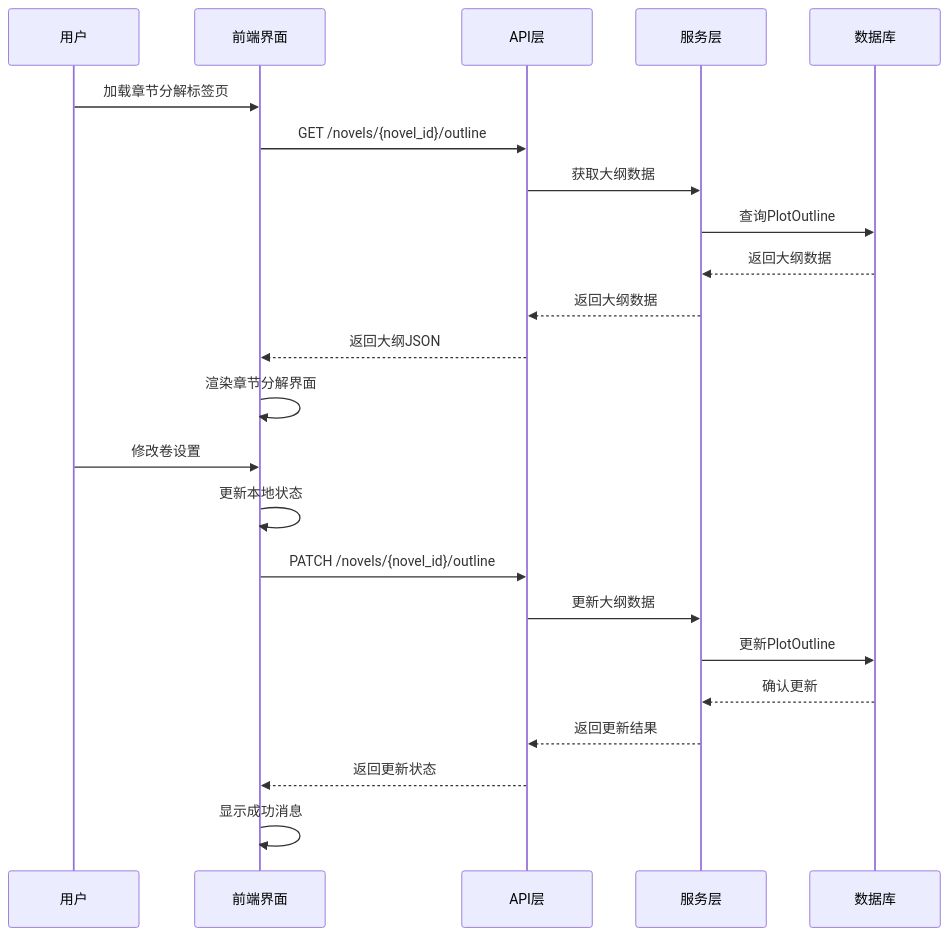
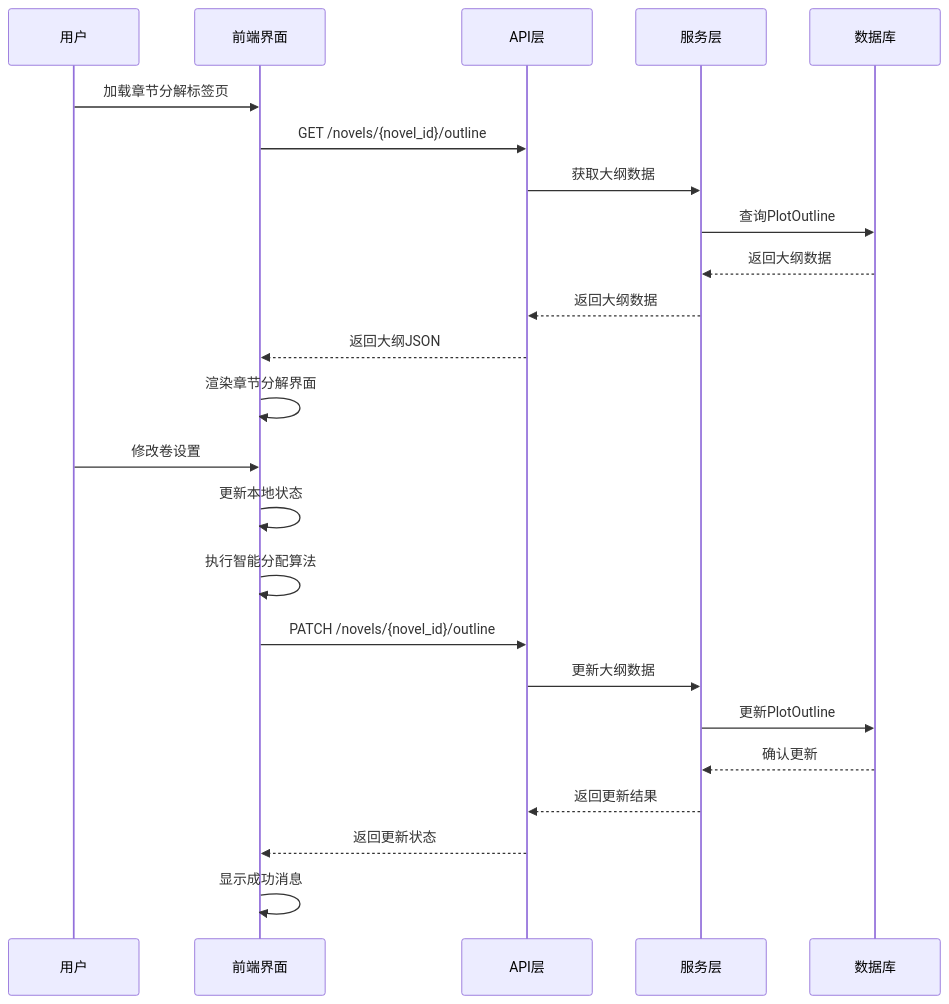
The third of 9 diagrams in .qoder/repowiki/zh/content/Chapter Decomposition Tab.md (xfbyxq/ai-novel-system), drawn with Mermaid before and after one commit. The commit also changed other lines of this file and 11 other files, not shown here.

````diff
--- a/.qoder/repowiki/zh/content/Chapter Decomposition Tab.md
+++ b/.qoder/repowiki/zh/content/Chapter Decomposition Tab.md
@@ -158,25 +180,26 @@
 ```mermaid
 sequenceDiagram
 participant User as 用户
 participant Frontend as 前端界面
 participant API as API层
 participant Service as 服务层
 participant DB as 数据库
 User->>Frontend : 加载章节分解标签页
 Frontend->>API : GET /novels/{novel_id}/outline
 API->>Service : 获取大纲数据
 Service->>DB : 查询PlotOutline
 DB-->>Service : 返回大纲数据
 Service-->>API : 返回大纲数据
 API-->>Frontend : 返回大纲JSON
 Frontend->>Frontend : 渲染章节分解界面
 User->>Frontend : 修改卷设置
 Frontend->>Frontend : 更新本地状态
+Frontend->>Frontend : 执行智能分配算法
 Frontend->>API : PATCH /novels/{novel_id}/outline
 API->>Service : 更新大纲数据
 Service->>DB : 更新PlotOutline
 DB-->>Service : 确认更新
 Service-->>API : 返回更新结果
 API-->>Frontend : 返回更新状态
 Frontend->>Frontend : 显示成功消息
 ```
````
